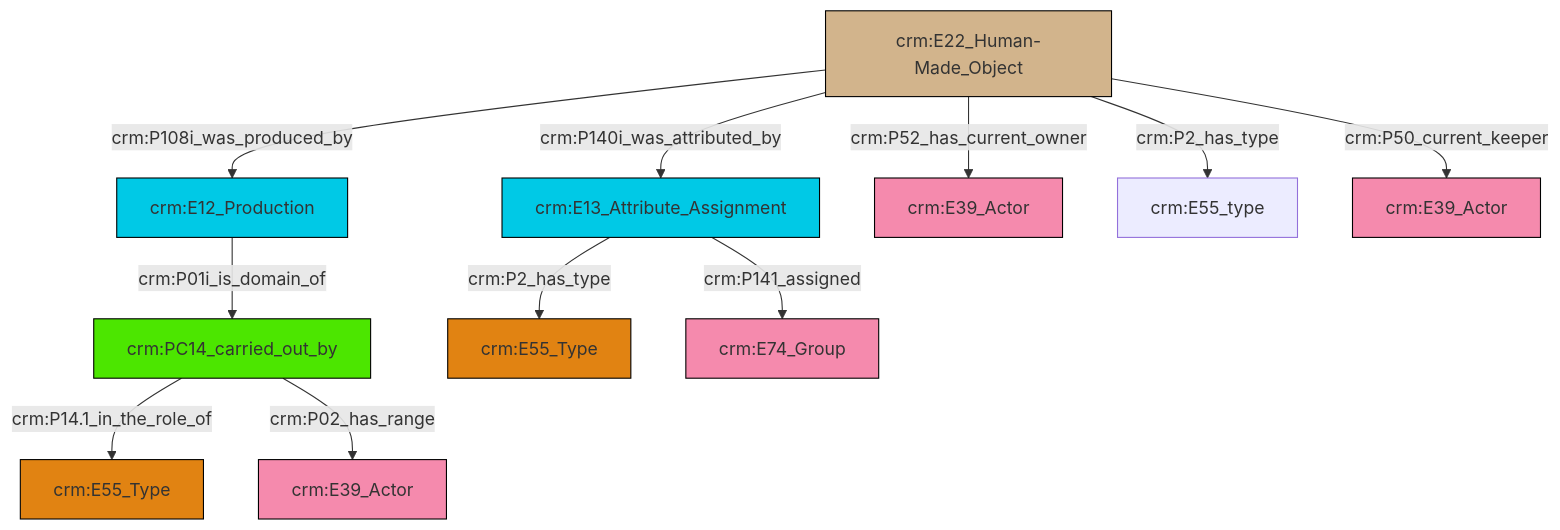
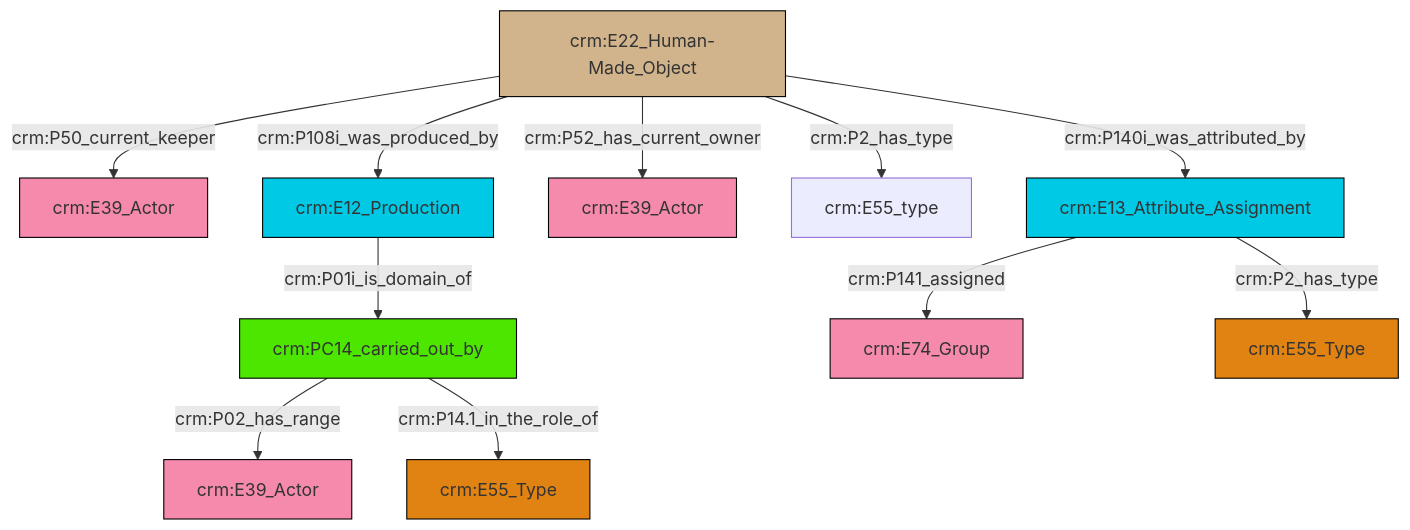
One commit to swiss-art-research-net/reference-data-models changed the diagram in et/artworkCSV/ttl/mmd/Artwork_Actor_Relations.ttl.mmd. Above: the diagram before and after it, drawn with Mermaid. The commit also changed 123 other files, not shown here.

```diff
--- a/et/artworkCSV/ttl/mmd/Artwork_Actor_Relations.ttl.mmd
+++ b/et/artworkCSV/ttl/mmd/Artwork_Actor_Relations.ttl.mmd
@@ -1,25 +1,25 @@
 graph TD
 classDef Literal fill:#f2f2f2,stroke:#000000;
 classDef CRM_Entity fill:#FFFFFF,stroke:#000000;
 classDef Temporal_Entity fill:#00C9E6, stroke:#000000;
 classDef Type fill:#E18312, stroke:#000000;
 classDef Time-Span fill:#2C9C91, stroke:#000000;
 classDef Appellation fill:#FFEB7F, stroke:#000000;
 classDef Place fill:#008836, stroke:#000000;
 classDef Persistent_Item fill:#B266B2, stroke:#000000;
 classDef Conceptual_Object fill:#FFD700, stroke:#000000;
 classDef Physical_Thing fill:#D2B48C, stroke:#000000;
 classDef Actor fill:#f58aad, stroke:#000000;
 classDef PC_Classes fill:#4ce600, stroke:#000000;
 classDef Multi fill:#cccccc,stroke:#000000;
 
-4["crm:E22_Human-Made_Object"]:::Physical_Thing -->|crm:P108i_was_produced_by| 5["crm:E12_Production"]:::Temporal_Entity
-5["crm:E12_Production"]:::Temporal_Entity -->|crm:P01i_is_domain_of| 6["crm:PC14_carried_out_by"]:::PC_Classes
-12["crm:E13_Attribute_Assignment"]:::Temporal_Entity -->|crm:P2_has_type| 0["crm:E55_Type"]:::Type
-4["crm:E22_Human-Made_Object"]:::Physical_Thing -->|crm:P140i_was_attributed_by| 12["crm:E13_Attribute_Assignment"]:::Temporal_Entity
-4["crm:E22_Human-Made_Object"]:::Physical_Thing -->|crm:P52_has_current_owner| 2["crm:E39_Actor"]:::Actor
-12["crm:E13_Attribute_Assignment"]:::Temporal_Entity -->|crm:P141_assigned| 15["crm:E74_Group"]:::Actor
-4["crm:E22_Human-Made_Object"]:::Physical_Thing -->|crm:P2_has_type| 20["crm:E55_type"]:::Default
-6["crm:PC14_carried_out_by"]:::PC_Classes -->|crm:P14.1_in_the_role_of| 7["crm:E55_Type"]:::Type
-4["crm:E22_Human-Made_Object"]:::Physical_Thing -->|crm:P50_current_keeper| 17["crm:E39_Actor"]:::Actor
-6["crm:PC14_carried_out_by"]:::PC_Classes -->|crm:P02_has_range| 10["crm:E39_Actor"]:::Actor
+0["crm:E22_Human-Made_Object"]:::Physical_Thing -->|crm:P50_current_keeper| 1["crm:E39_Actor"]:::Actor
+2["crm:E13_Attribute_Assignment"]:::Temporal_Entity -->|crm:P141_assigned| 3["crm:E74_Group"]:::Actor
+0["crm:E22_Human-Made_Object"]:::Physical_Thing -->|crm:P108i_was_produced_by| 4["crm:E12_Production"]:::Temporal_Entity
+5["crm:PC14_carried_out_by"]:::PC_Classes -->|crm:P02_has_range| 6["crm:E39_Actor"]:::Actor
+0["crm:E22_Human-Made_Object"]:::Physical_Thing -->|crm:P52_has_current_owner| 11["crm:E39_Actor"]:::Actor
+2["crm:E13_Attribute_Assignment"]:::Temporal_Entity -->|crm:P2_has_type| 7["crm:E55_Type"]:::Type
+5["crm:PC14_carried_out_by"]:::PC_Classes -->|crm:P14.1_in_the_role_of| 14["crm:E55_Type"]:::Type
+4["crm:E12_Production"]:::Temporal_Entity -->|crm:P01i_is_domain_of| 5["crm:PC14_carried_out_by"]:::PC_Classes
+0["crm:E22_Human-Made_Object"]:::Physical_Thing -->|crm:P2_has_type| 9["crm:E55_type"]:::Default
+0["crm:E22_Human-Made_Object"]:::Physical_Thing -->|crm:P140i_was_attributed_by| 2["crm:E13_Attribute_Assignment"]:::Temporal_Entity
```
